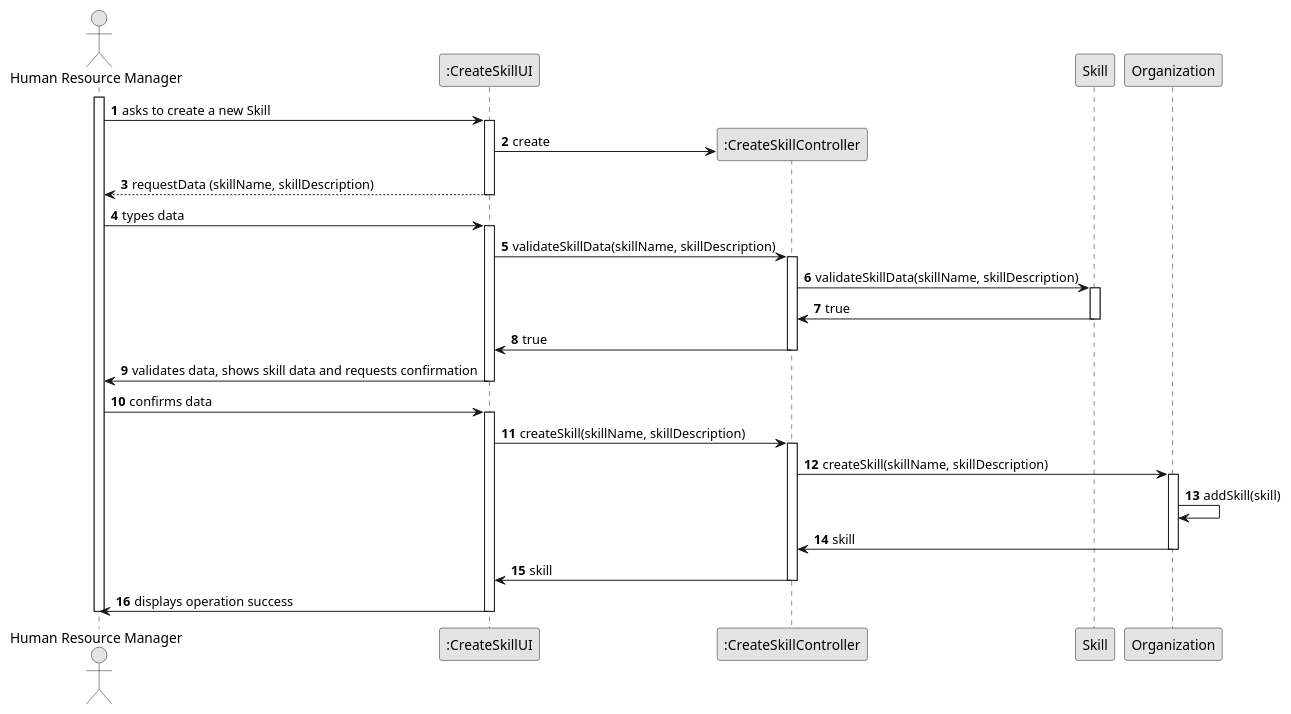
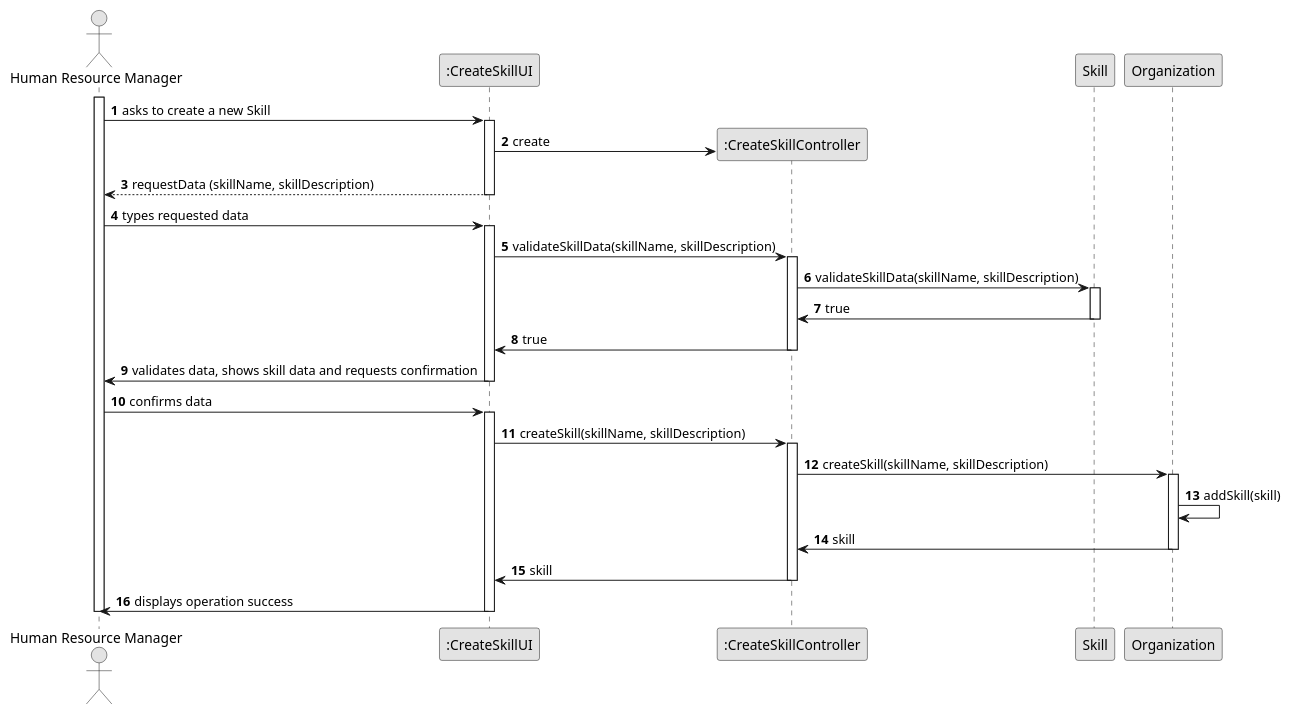
The diagram in docs/sprintB/us01/03.design/puml/us01-sequence-diagram-full.puml (Paulo-Pereira-at-ISEP/lei-24-s2-1nanb-g321), drawn with PlantUML before and after one commit.

Commit message:
LGGPM-115 - US01 - Design - Sequence diagram update

```diff
--- a/docs/sprintB/us01/03.design/puml/us01-sequence-diagram-full.puml
+++ b/docs/sprintB/us01/03.design/puml/us01-sequence-diagram-full.puml
@@ -1,82 +1,82 @@
 @startuml
 skinparam monochrome true
 skinparam packageStyle rectangle
 skinparam shadowing false
 
 autonumber
 
 'hide footbox
 
 actor "Human Resource Manager" as HRM
 participant ":CreateSkillUI" as UI
 participant ":CreateSkillController" as CTRL
 participant "Skill" as SKILL
 participant "Organization" as ORG
 
 activate HRM
 
         HRM -> UI : asks to create a new Skill
 
         activate UI
             'create CTRL
             UI -> CTRL** : create
 
             'requests the HRM to input data
             UI --> HRM : requestData (skillName, skillDescription)
         deactivate UI
 
-        HRM -> UI : types data
+        HRM -> UI : types requested data
 
         activate UI
 
             UI -> CTRL : validateSkillData(skillName, skillDescription)
             activate CTRL
                 'inserted data validation
 
 
                 CTRL -> SKILL : validateSkillData(skillName, skillDescription)
 
                 activate SKILL
 
                     SKILL -> CTRL : true
 
                 deactivate SKILL
 
                 CTRL -> UI : true
 
                 deactivate CTRL
 
                 UI -> HRM : validates data, shows skill data and requests confirmation
 
 
 
         deactivate UI
 
 
     HRM -> UI : confirms data
     activate UI
 
         UI -> CTRL : createSkill(skillName, skillDescription)
         activate CTRL
 
             CTRL -> ORG : createSkill(skillName, skillDescription)
 
             activate ORG
 
                 ORG -> ORG : addSkill(skill)
 
                 ORG -> CTRL : skill
 
             deactivate ORG
 
             CTRL -> UI : skill
 
         deactivate CTRL
 
         UI -> HRM : displays operation success
 
     deactivate UI
 
 deactivate HRM
 
 @enduml
```
